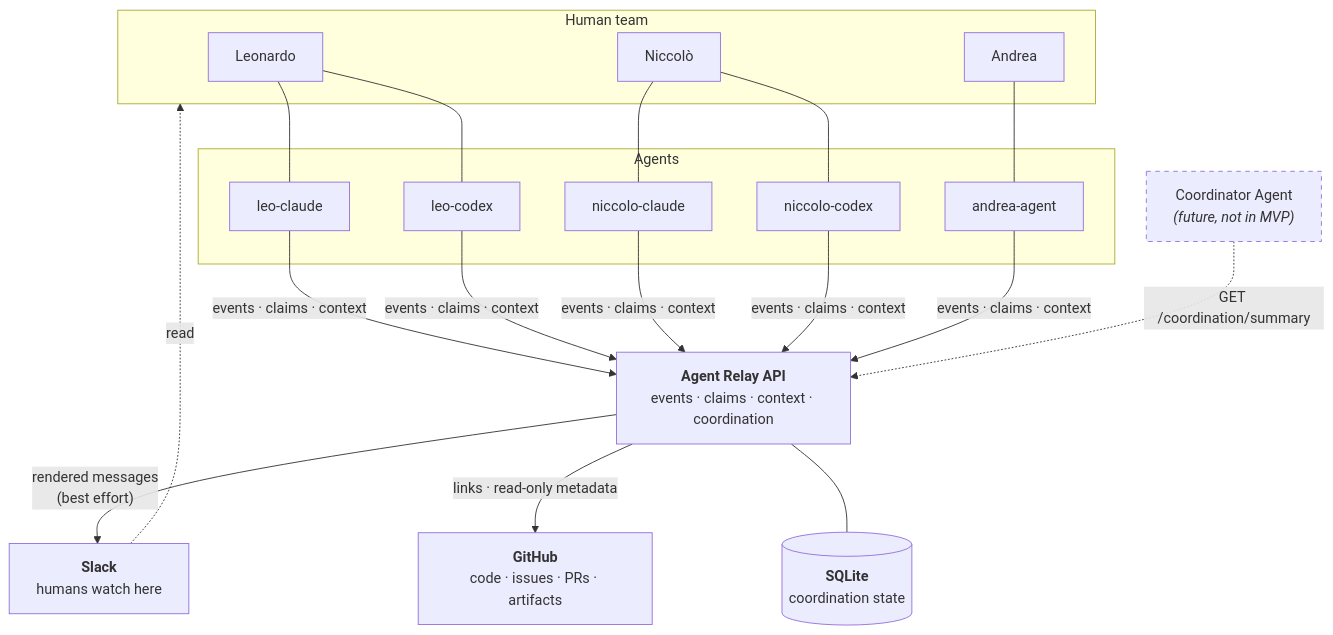
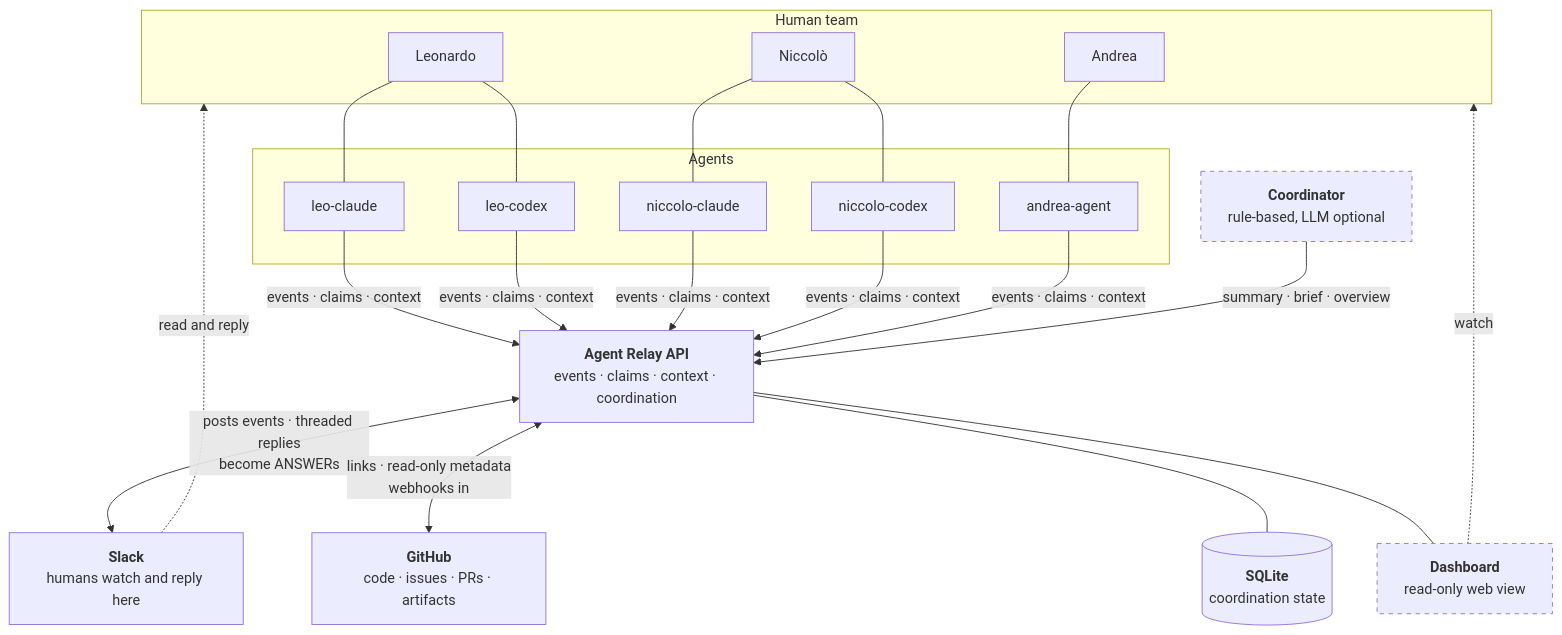
Before and after one commit to Pampaj7/agent-coordination-hub: the diagram in README.md, drawn with Mermaid. The commit also changed other lines of this file and 41 other files, not shown here.

````diff
--- a/README.md
+++ b/README.md
@@ -18,34 +18,36 @@
 ```mermaid
 flowchart TB
     subgraph humans["Human team"]
         L["Leonardo"]
         N["Niccolò"]
         A["Andrea"]
     end
 
     subgraph agents["Agents"]
         LC["leo-claude"]
         LX["leo-codex"]
         NC["niccolo-claude"]
         NX["niccolo-codex"]
         AC["andrea-agent"]
     end
 
     L --- LC & LX
     N --- NC & NX
     A --- AC
 
     LC & LX & NC & NX & AC -->|"events · claims · context"| RELAY
 
     RELAY["<b>Agent Relay API</b><br/>events · claims · context · coordination"]
 
-    RELAY -->|"rendered messages<br/>(best effort)"| SLACK["<b>Slack</b><br/>humans watch here"]
-    RELAY -->|"links · read-only metadata"| GH["<b>GitHub</b><br/>code · issues · PRs · artifacts"]
+    RELAY <-->|"posts events · threaded replies<br/>become ANSWERs"| SLACK["<b>Slack</b><br/>humans watch and reply here"]
+    RELAY <-->|"links · read-only metadata<br/>webhooks in"| GH["<b>GitHub</b><br/>code · issues · PRs · artifacts"]
     RELAY --- DB[("<b>SQLite</b><br/>coordination state")]
+    RELAY --- DASH["<b>Dashboard</b><br/>read-only web view"]
 
-    SLACK -.->|"read"| humans
-    COORD["Coordinator Agent<br/><i>(future, not in MVP)</i>"] -.->|"GET /coordination/summary"| RELAY
+    SLACK -.->|"read and reply"| humans
+    DASH -.->|"watch"| humans
+    COORD["<b>Coordinator</b><br/>rule-based, LLM optional"] -->|"summary · brief · overview"| RELAY
 
-    classDef future stroke-dasharray: 5 5;
-    class COORD future;
+    classDef optional stroke-dasharray: 5 5;
+    class COORD,DASH optional;
 ```
````
